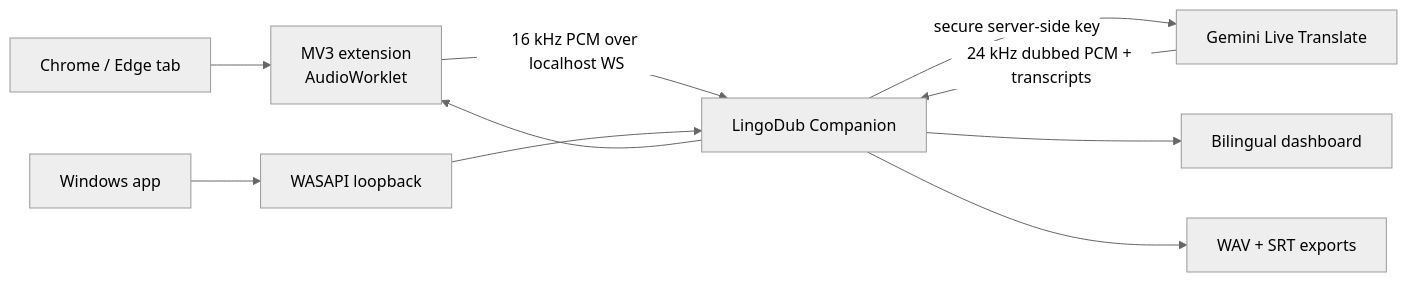
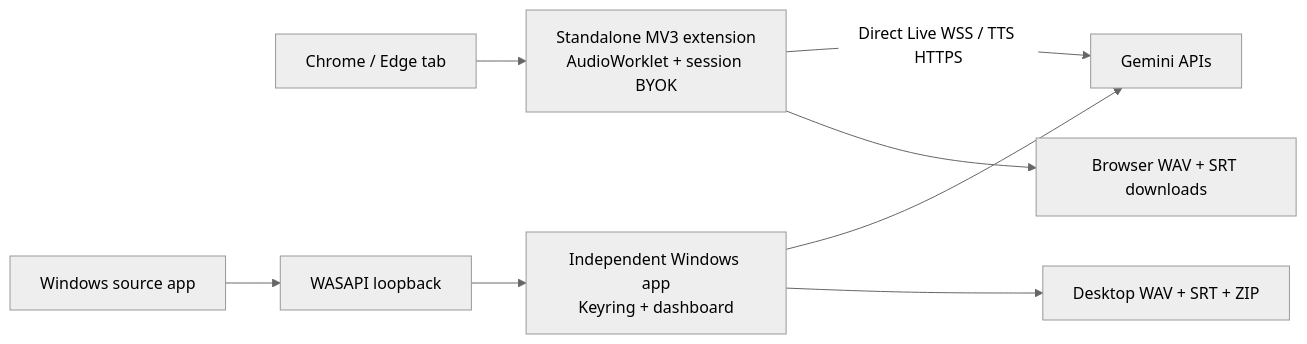
Before and after one commit to msmahdinejad/avorythm: the diagram in README.md, drawn with Mermaid (neutral theme). The commit also changed other lines of this file and 31 other files, not shown here.

First line of the commit message:
feat: make extension standalone

````diff
--- a/README.md
+++ b/README.md
@@ -81,12 +82,10 @@
 ```mermaid
 flowchart LR
-    Tab["Chrome / Edge tab"] --> Ext["MV3 extension\nAudioWorklet"]
-    Desktop["Windows app"] --> Loopback["WASAPI loopback"]
-    Ext -->|"16 kHz PCM over localhost WS"| Companion["LingoDub Companion"]
-    Loopback --> Companion
-    Companion -->|"secure server-side key"| Gemini["Gemini Live Translate"]
-    Gemini -->|"24 kHz dubbed PCM + transcripts"| Companion
-    Companion --> Ext
-    Companion --> Dashboard["Bilingual dashboard"]
-    Companion --> Files["WAV + SRT exports"]
+    Tab["Chrome / Edge tab"] --> Ext["Standalone MV3 extension\nAudioWorklet + session BYOK"]
+    Ext -->|"Direct Live WSS / TTS HTTPS"| Gemini["Gemini APIs"]
+    Ext --> BrowserFiles["Browser WAV + SRT downloads"]
+    Desktop["Windows source app"] --> Loopback["WASAPI loopback"]
+    Loopback --> App["Independent Windows app\nKeyring + dashboard"]
+    App --> Gemini
+    App --> DesktopFiles["Desktop WAV + SRT + ZIP"]
 ```
````
